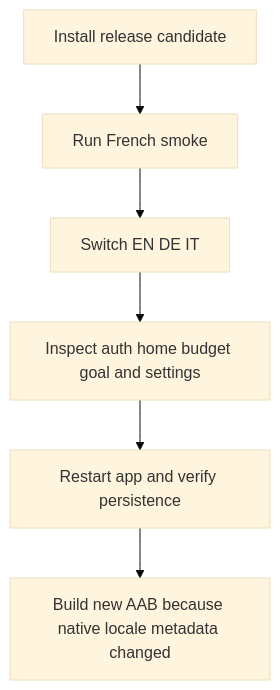
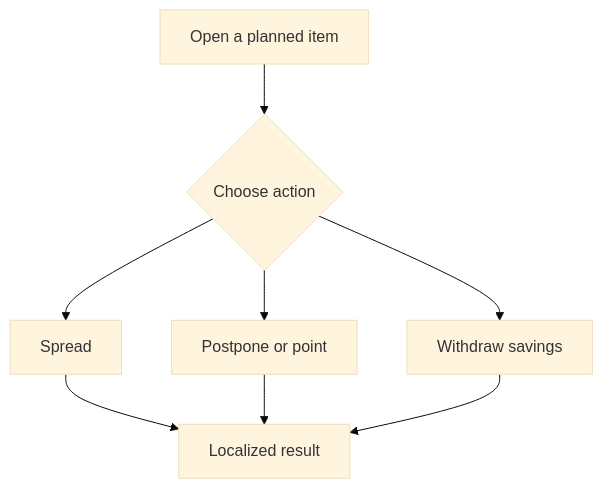
Before and after one commit to neogenz/pulpe: the first of 2 diagrams in aidd_docs/tasks/2026_08/2026_08_21_android-i18n-preview-integration/phase-7.md, drawn with Mermaid (base theme). The commit also changed other lines of this file and 13 other files, not shown here.

````diff
--- a/aidd_docs/tasks/2026_08/2026_08_21_android-i18n-preview-integration/phase-7.md
+++ b/aidd_docs/tasks/2026_08/2026_08_21_android-i18n-preview-integration/phase-7.md
@@ -22,8 +20,10 @@
 ```mermaid
 flowchart TD
-  A[Install release candidate] --> B[Run French smoke]
-  B --> C[Switch EN DE IT]
-  C --> D[Inspect auth home budget goal and settings]
-  D --> E[Restart app and verify persistence]
-  E --> F[Build new AAB because native locale metadata changed]
+  A[Open a planned item] --> B{Choose action}
+  B --> C[Spread]
+  B --> D[Postpone or point]
+  B --> E[Withdraw savings]
+  C --> F[Localized result]
+  D --> F
+  E --> F
 ```
````
